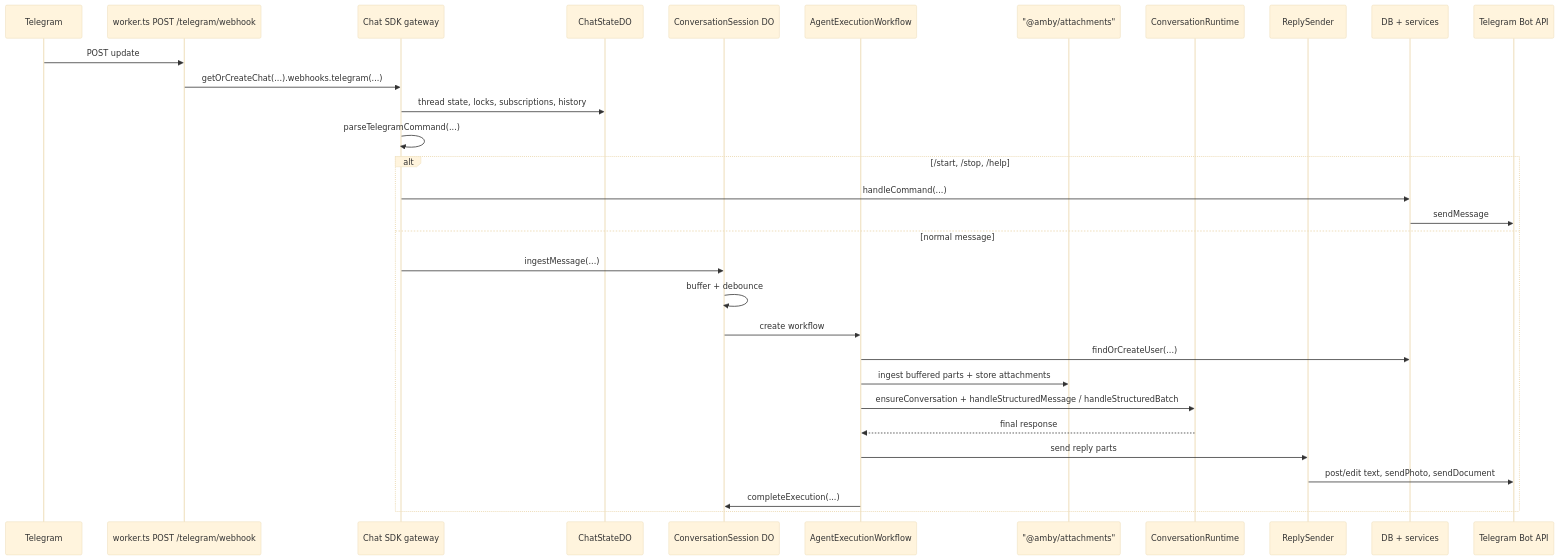
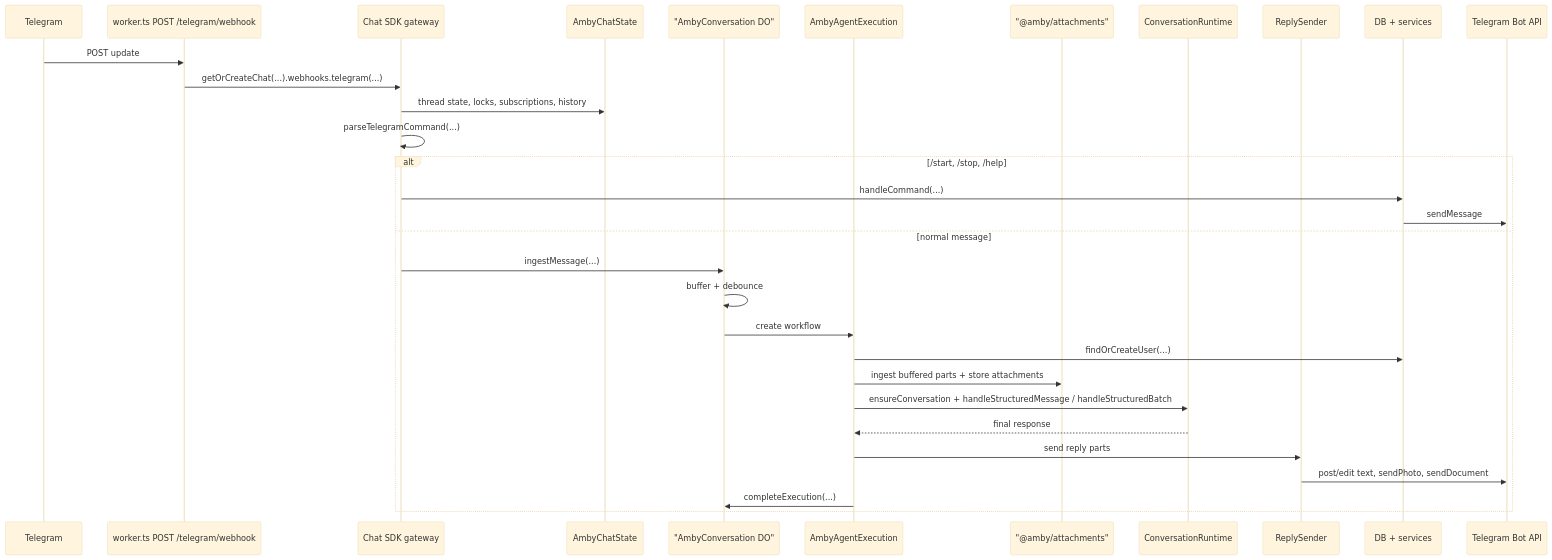
One commit to punitarani/amby changed the first of 4 diagrams in docs/channels/telegram.md. Above: the diagram before and after it, drawn with Mermaid (base theme). The commit also changed other lines of this file and 17 other files, not shown here.

````diff
--- a/docs/channels/telegram.md
+++ b/docs/channels/telegram.md
@@ -47,35 +47,35 @@
 ```mermaid
 sequenceDiagram
     participant TG as Telegram
     participant WH as worker.ts POST /telegram/webhook
     participant SDK as Chat SDK gateway
-    participant State as ChatStateDO
-    participant Sess as ConversationSession DO
-    participant WF as AgentExecutionWorkflow
+    participant State as AmbyChatState
+    participant Sess as "AmbyConversation DO"
+    participant WF as AmbyAgentExecution
     participant Attach as "@amby/attachments"
     participant Agent as ConversationRuntime
     participant Send as ReplySender
     participant DB as DB + services
     participant API as Telegram Bot API
 
     TG->>WH: POST update
     WH->>SDK: getOrCreateChat(...).webhooks.telegram(...)
     SDK->>State: thread state, locks, subscriptions, history
     SDK->>SDK: parseTelegramCommand(...)
 
     alt /start, /stop, /help
         SDK->>DB: handleCommand(...)
         DB->>API: sendMessage
     else normal message
         SDK->>Sess: ingestMessage(...)
         Sess->>Sess: buffer + debounce
         Sess->>WF: create workflow
         WF->>DB: findOrCreateUser(...)
         WF->>Attach: ingest buffered parts + store attachments
         WF->>Agent: ensureConversation + handleStructuredMessage / handleStructuredBatch
         Agent-->>WF: final response
         WF->>Send: send reply parts
         Send->>API: post/edit text, sendPhoto, sendDocument
         WF->>Sess: completeExecution(...)
     end
 ```
````
